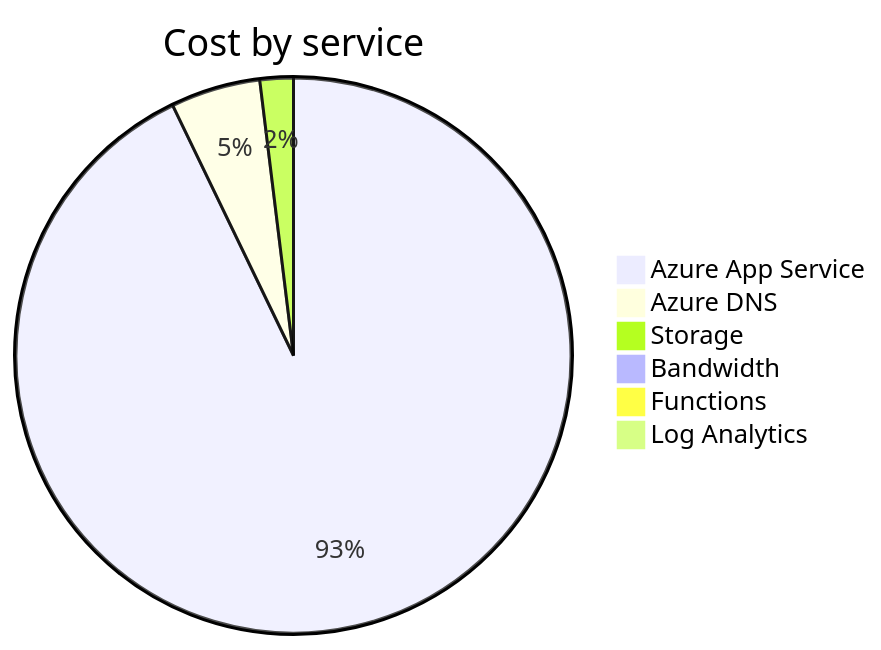
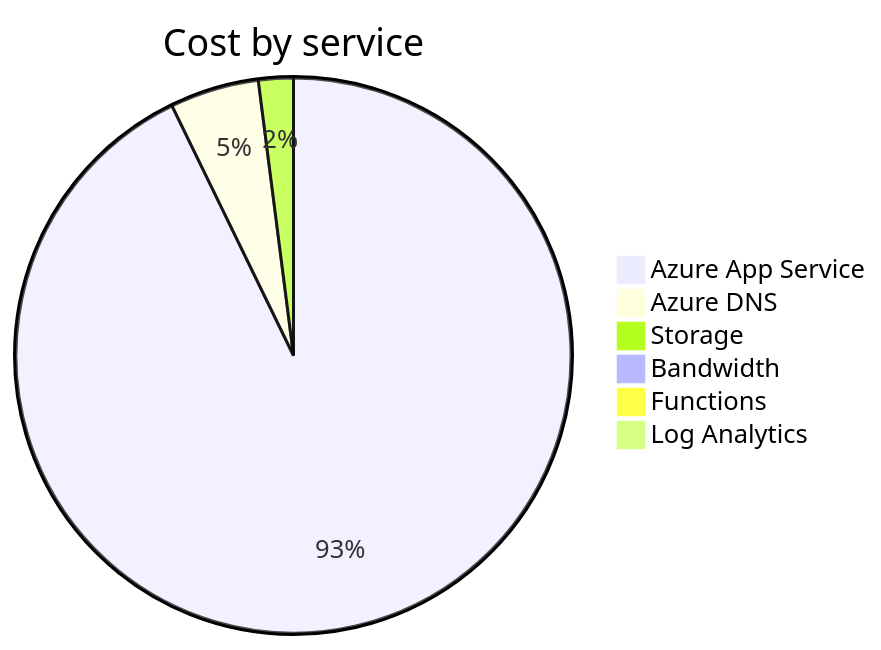
One commit to jpfulton/azure-personal-reports changed the second of 4 diagrams in cost-reports/accumulated-cost.md. Above: the diagram before and after it, drawn with Mermaid. The commit also changed other lines of this file and 4 other files, not shown here.

````diff
--- a/cost-reports/accumulated-cost.md
+++ b/cost-reports/accumulated-cost.md
@@ -98,10 +98,10 @@
 ```mermaid
 pie
    title Cost by service
-   "Azure App Service" : 7.65
-   "Azure DNS" : 0.43
-   "Storage" : 0.16
+   "Azure App Service" : 8.24
+   "Azure DNS" : 0.46
+   "Storage" : 0.18
    "Bandwidth" : 0.00
    "Functions" : 0.00
    "Log Analytics" : 0.00
 ```
````
